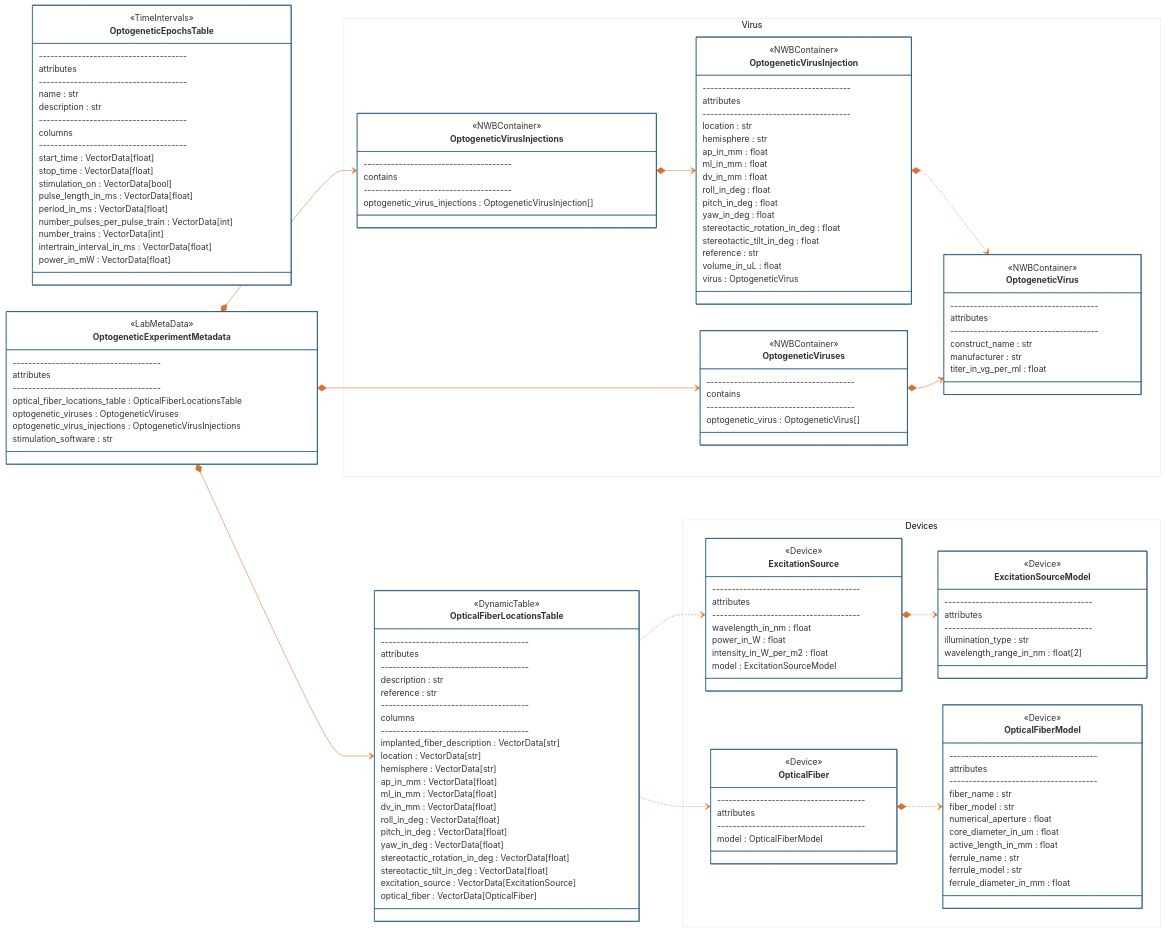
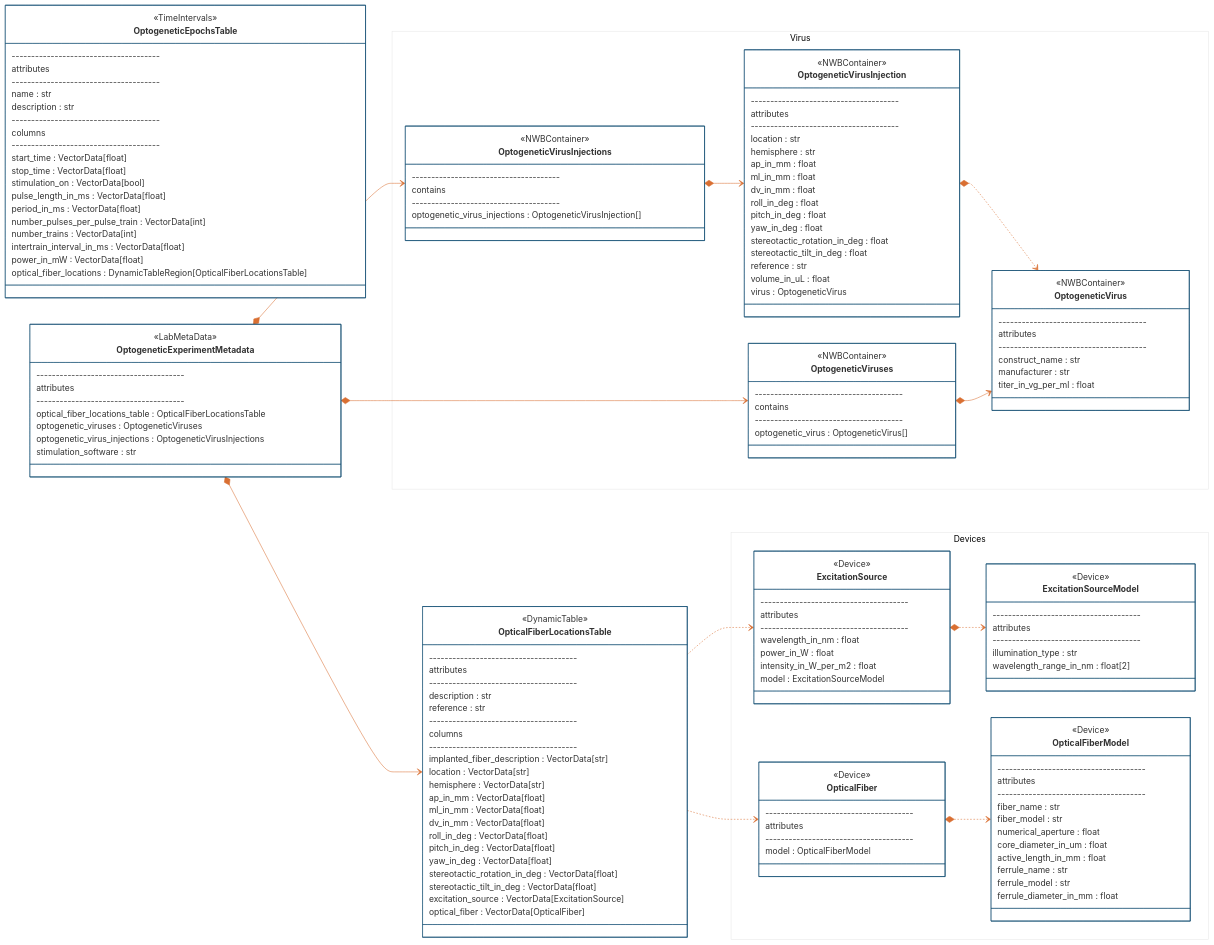
One commit to rly/ndx-optogenetics changed the diagram in README.md. Above: the diagram before and after it, drawn with Mermaid. The commit also changed other lines of this file and 5 other files, not shown here.

Commit message:
Link OptogeneticEpochsTable to rows of OpticalFiberLocationsTable (#6)

```diff
--- a/README.md
+++ b/README.md
@@ -112,6 +113,7 @@
         number_trains : VectorData[int]
         intertrain_interval_in_ms : VectorData[float]
         power_in_mW : VectorData[float]
+        optical_fiber_locations : DynamicTableRegion[OpticalFiberLocationsTable]
     }
 
     class OptogeneticExperimentMetadata {
```
